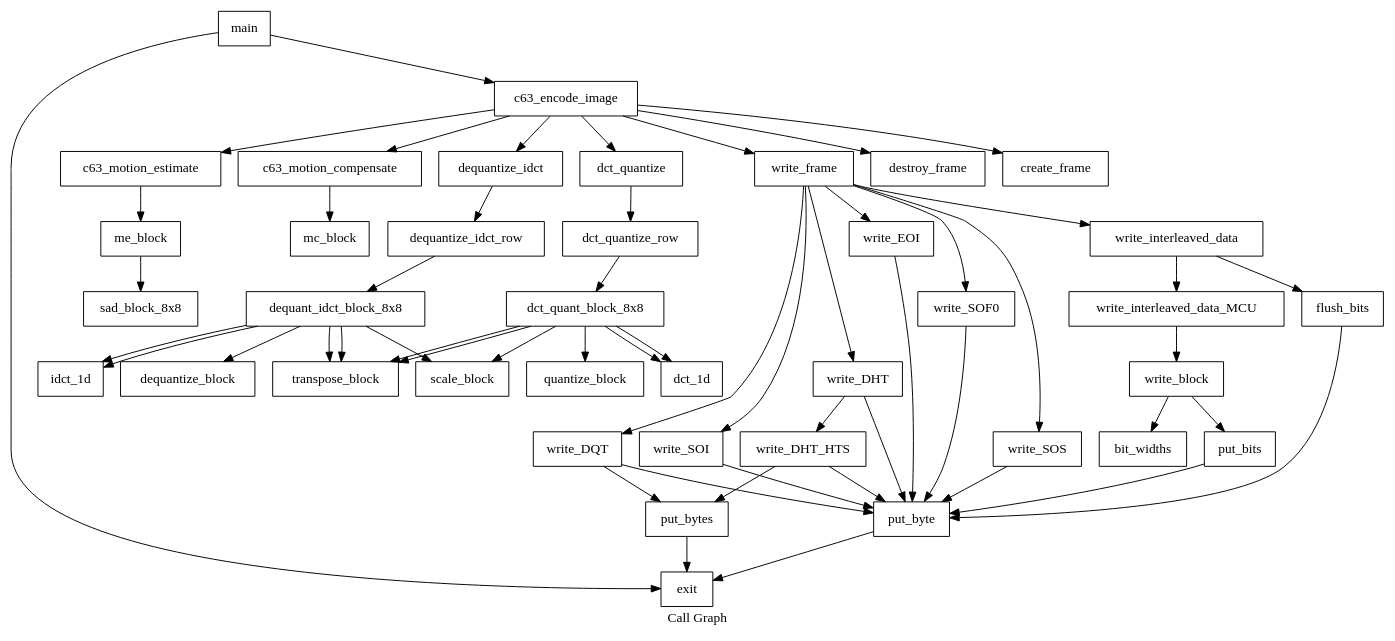
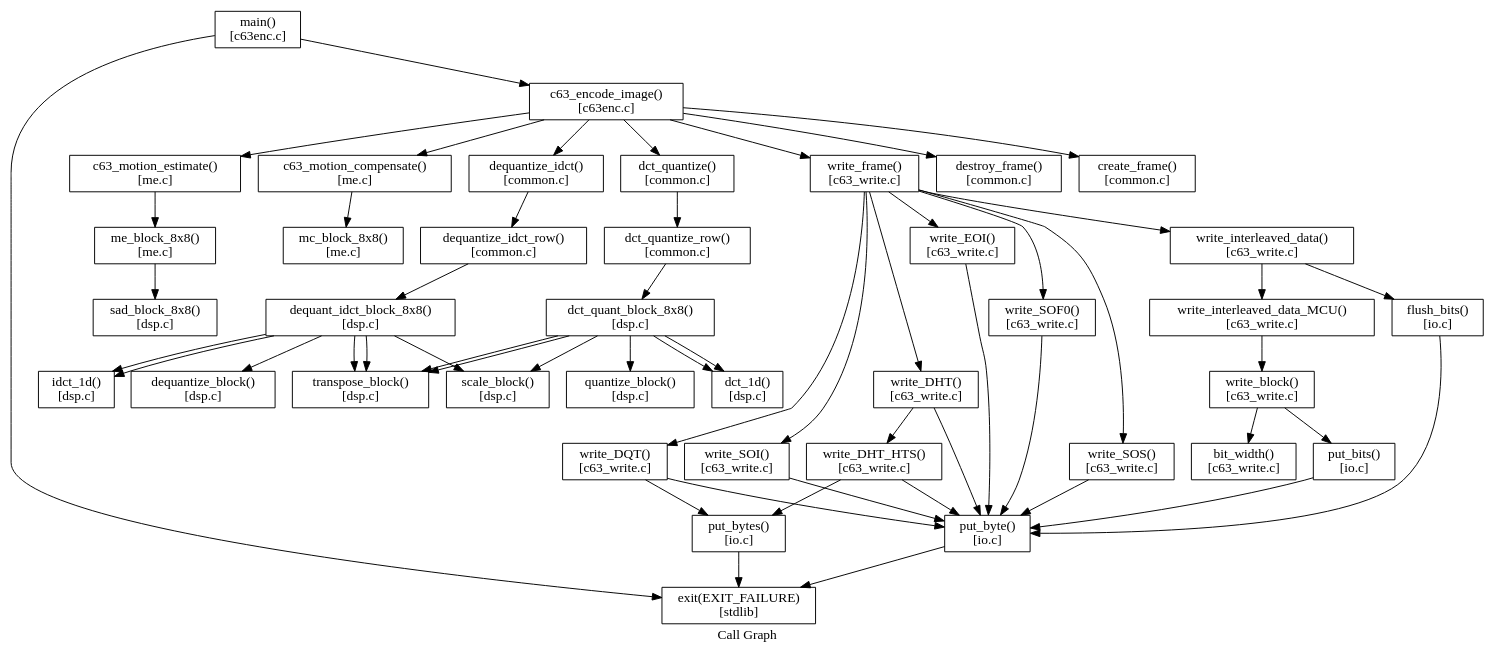
The diagram in callgraph.dot (Markionium/Codec63-HE1-SSE-AVX), drawn with Graphviz before and after one commit.

Commit message:
callgraph: added file information

```diff
--- a/callgraph.dot
+++ b/callgraph.dot
@@ -1,96 +1,96 @@
 digraph "Call Graph" {
 	label="Call Graph";
 
-	Node0x1015bfd90 [shape=record,label="{write_frame}"];
+	Node0x1015bfd90 [shape=record,label="{write_frame()\n[c63_write.c]}"];
 	Node0x1015bfd90 -> Node0x1015bfdd0;
 	Node0x1015bfd90 -> Node0x1015bfe10;
 	Node0x1015bfd90 -> Node0x1015bfec0;
 	Node0x1015bfd90 -> Node0x1015bfe50;
 	Node0x1015bfd90 -> Node0x1015bffb0;
 	Node0x1015bfd90 -> Node0x1015c0120;
 	Node0x1015bfd90 -> Node0x1015c0190;
-	Node0x1015bfdd0 [shape=record,label="{write_SOI}"];
+	Node0x1015bfdd0 [shape=record,label="{write_SOI()\n[c63_write.c]}"];
 	Node0x1015bfdd0 -> Node0x1015c0200;
-	Node0x1015bfe10 [shape=record,label="{write_DQT}"];
+	Node0x1015bfe10 [shape=record,label="{write_DQT()\n[c63_write.c]}"];
 	Node0x1015bfe10 -> Node0x1015c0200;
 	Node0x1015bfe10 -> Node0x1015bff30;
-	Node0x1015bfec0 [shape=record,label="{write_SOF0}"];
+	Node0x1015bfec0 [shape=record,label="{write_SOF0()\n[c63_write.c]}"];
 	Node0x1015bfec0 -> Node0x1015c0200;
-	Node0x1015bfe50 [shape=record,label="{write_DHT}"];
+	Node0x1015bfe50 [shape=record,label="{write_DHT()\n[c63_write.c]}"];
 	Node0x1015bfe50 -> Node0x1015c0200;
 	Node0x1015bfe50 -> Node0x1015c0320;
-	Node0x1015bffb0 [shape=record,label="{write_SOS}"];
+	Node0x1015bffb0 [shape=record,label="{write_SOS()\n[c63_write.c]}"];
 	Node0x1015bffb0 -> Node0x1015c0200;
-	Node0x1015c0120 [shape=record,label="{write_interleaved_data}"];
+	Node0x1015c0120 [shape=record,label="{write_interleaved_data()\n[c63_write.c]}"];
 	Node0x1015c0120 -> Node0x1015c0790;
 	Node0x1015c0120 -> Node0x1015c0b50;
-	Node0x1015c0190 [shape=record,label="{write_EOI}"];
+	Node0x1015c0190 [shape=record,label="{write_EOI()\n[c63_write.c]}"];
 	Node0x1015c0190 -> Node0x1015c0200;
-	Node0x1015c0200 [shape=record,label="{put_byte}"];
+	Node0x1015c0200 [shape=record,label="{put_byte()\n[io.c]}"];
 	Node0x1015c0200 -> Node0x1015c1250;
-	Node0x1015bff30 [shape=record,label="{put_bytes}"];
+	Node0x1015bff30 [shape=record,label="{put_bytes()\n[io.c]}"];
 	Node0x1015bff30 -> Node0x1015c1250;
-	Node0x1015c0320 [shape=record,label="{write_DHT_HTS}"];
+	Node0x1015c0320 [shape=record,label="{write_DHT_HTS()\n[c63_write.c]}"];
 	Node0x1015c0320 -> Node0x1015c0200;
 	Node0x1015c0320 -> Node0x1015bff30;
-	Node0x1015c0790 [shape=record,label="{write_interleaved_data_MCU}"];
+	Node0x1015c0790 [shape=record,label="{write_interleaved_data_MCU()\n[c63_write.c]}"];
 	Node0x1015c0790 -> Node0x1015c3300;
-	Node0x1015c0b50 [shape=record,label="{flush_bits}"];
+	Node0x1015c0b50 [shape=record,label="{flush_bits()\n[io.c]}"];
 	Node0x1015c0b50 -> Node0x1015c0200;
-	Node0x1015c0bd0 [shape=record,label="{main}"];
+	Node0x1015c0bd0 [shape=record,label="{main()\n[c63enc.c]}"];
 	Node0x1015c0bd0 -> Node0x1015c1250;
 	Node0x1015c0bd0 -> Node0x1015c1330;
-	Node0x1015c1250 [shape=record,label="{exit}"];
-	Node0x1015c1330 [shape=record,label="{c63_encode_image}"];
+	Node0x1015c1250 [shape=record,label="{exit(EXIT_FAILURE)\n[stdlib]}"];
+	Node0x1015c1330 [shape=record,label="{c63_encode_image()\n[c63enc.c]}"];
 	Node0x1015c1330 -> Node0x1015c1910;
 	Node0x1015c1330 -> Node0x1015c19e0;
 	Node0x1015c1330 -> Node0x1015c1a20;
 	Node0x1015c1330 -> Node0x1015c1ac0;
 	Node0x1015c1330 -> Node0x1015c1b30;
 	Node0x1015c1330 -> Node0x1015c1cb0;
 	Node0x1015c1330 -> Node0x1015bfd90;
-	Node0x1015c1910 [shape=record,label="{destroy_frame}"];
-	Node0x1015c19e0 [shape=record,label="{create_frame}"];
-	Node0x1015c1a20 [shape=record,label="{c63_motion_estimate}"];
+	Node0x1015c1910 [shape=record,label="{destroy_frame()\n[common.c]}"];
+	Node0x1015c19e0 [shape=record,label="{create_frame()\n[common.c]}"];
+	Node0x1015c1a20 [shape=record,label="{c63_motion_estimate()\n[me.c]}"];
 	Node0x1015c1a20 -> Node0x1015c31b0;
-	Node0x1015c1ac0 [shape=record,label="{c63_motion_compensate}"];
+	Node0x1015c1ac0 [shape=record,label="{c63_motion_compensate()\n[me.c]}"];
 	Node0x1015c1ac0 -> Node0x1015c31f0;
-	Node0x1015c1b30 [shape=record,label="{dct_quantize}"];
+	Node0x1015c1b30 [shape=record,label="{dct_quantize()\n[common.c]}"];
 	Node0x1015c1b30 -> Node0x1015c16a0;
-	Node0x1015c1cb0 [shape=record,label="{dequantize_idct}"];
+	Node0x1015c1cb0 [shape=record,label="{dequantize_idct()\n[common.c]}"];
 	Node0x1015c1cb0 -> Node0x1015c1bd0;
-	Node0x1015c1bd0 [shape=record,label="{dequantize_idct_row}"];
+	Node0x1015c1bd0 [shape=record,label="{dequantize_idct_row()\n[common.c]}"];
 	Node0x1015c1bd0 -> Node0x1015c1c40;
-	Node0x1015c1c40 [shape=record,label="{dequant_idct_block_8x8}"];
+	Node0x1015c1c40 [shape=record,label="{dequant_idct_block_8x8()\n[dsp.c]}"];
 	Node0x1015c1c40 -> Node0x1015c1f20;
 	Node0x1015c1c40 -> Node0x1015c1fb0;
 	Node0x1015c1c40 -> Node0x1015c1080;
 	Node0x1015c1c40 -> Node0x1015c1ff0;
 	Node0x1015c1c40 -> Node0x1015c1080;
 	Node0x1015c1c40 -> Node0x1015c1ff0;
-	Node0x1015c1f20 [shape=record,label="{dequantize_block}"];
-	Node0x1015c1fb0 [shape=record,label="{scale_block}"];
-	Node0x1015c1080 [shape=record,label="{idct_1d}"];
-	Node0x1015c1ff0 [shape=record,label="{transpose_block}"];
-	Node0x1015c16a0 [shape=record,label="{dct_quantize_row}"];
+	Node0x1015c1f20 [shape=record,label="{dequantize_block()\n[dsp.c]}"];
+	Node0x1015c1fb0 [shape=record,label="{scale_block()\n[dsp.c]}"];
+	Node0x1015c1080 [shape=record,label="{idct_1d()\n[dsp.c]}"];
+	Node0x1015c1ff0 [shape=record,label="{transpose_block()\n[dsp.c]}"];
+	Node0x1015c16a0 [shape=record,label="{dct_quantize_row()\n[common.c]}"];
 	Node0x1015c16a0 -> Node0x1015c1710;
-	Node0x1015c1710 [shape=record,label="{dct_quant_block_8x8}"];
+	Node0x1015c1710 [shape=record,label="{dct_quant_block_8x8()\n[dsp.c]}"];
 	Node0x1015c1710 -> Node0x1015c1780;
 	Node0x1015c1710 -> Node0x1015c1ff0;
 	Node0x1015c1710 -> Node0x1015c1780;
 	Node0x1015c1710 -> Node0x1015c1ff0;
 	Node0x1015c1710 -> Node0x1015c1fb0;
 	Node0x1015c1710 -> Node0x1015c17f0;
-	Node0x1015c17f0 [shape=record,label="{quantize_block}"];
-	Node0x1015c1780 [shape=record,label="{dct_1d}"];
-	Node0x1015c28c0 [shape=record,label="{sad_block_8x8}"];
-	Node0x1015c2f10 [shape=record,label="{put_bits}"];
+	Node0x1015c17f0 [shape=record,label="{quantize_block()\n[dsp.c]}"];
+	Node0x1015c1780 [shape=record,label="{dct_1d()\n[dsp.c]}"];
+	Node0x1015c28c0 [shape=record,label="{sad_block_8x8()\n[dsp.c]}"];
+	Node0x1015c2f10 [shape=record,label="{put_bits()\n[io.c]}"];
 	Node0x1015c2f10 -> Node0x1015c0200;
-	Node0x1015c31b0 [shape=record,label="{me_block}"];
+	Node0x1015c31b0 [shape=record,label="{me_block_8x8()\n[me.c]}"];
 	Node0x1015c31b0 -> Node0x1015c28c0;
-	Node0x1015c31f0 [shape=record,label="{mc_block}"];
-	Node0x1015c3300 [shape=record,label="{write_block}"];
+	Node0x1015c31f0 [shape=record,label="{mc_block_8x8()\n[me.c]}"];
+	Node0x1015c3300 [shape=record,label="{write_block()\n[c63_write.c]}"];
 	Node0x1015c3300 -> Node0x1015c2f10;
 	Node0x1015c3300 -> Node0x1015c34e0;
-	Node0x1015c34e0 [shape=record,label="{bit_widths}"];
+	Node0x1015c34e0 [shape=record,label="{bit_width()\n[c63_write.c]}"];
 }
```
